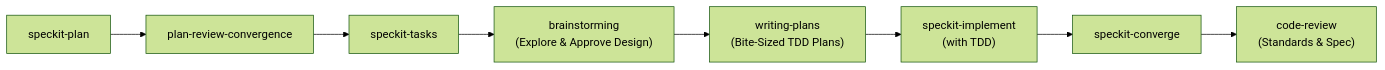
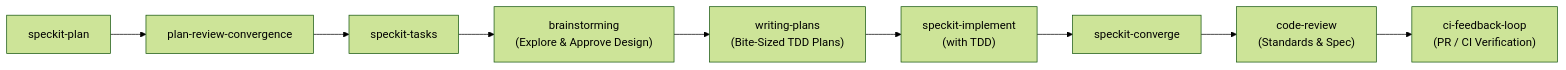
The diagram in context/workflow.md (pminhtaiii/Flight-Booking-System), drawn with Mermaid (forest theme) before and after one commit. The commit also changed other lines of this file and 7 other files, not shown here.

````diff
--- a/context/workflow.md
+++ b/context/workflow.md
@@ -13,10 +13,11 @@
 ```mermaid
 flowchart LR
     A["speckit-plan"] --> B["plan-review-convergence"]
     B --> C["speckit-tasks"]
     C --> D["brainstorming\n(Explore & Approve Design)"]
     D --> E["writing-plans\n(Bite-Sized TDD Plans)"]
     E --> F["speckit-implement\n(with TDD)"]
     F --> G["speckit-converge"]
     G --> H["code-review\n(Standards & Spec)"]
+    H --> I["ci-feedback-loop\n(PR / CI Verification)"]
 ```
````
